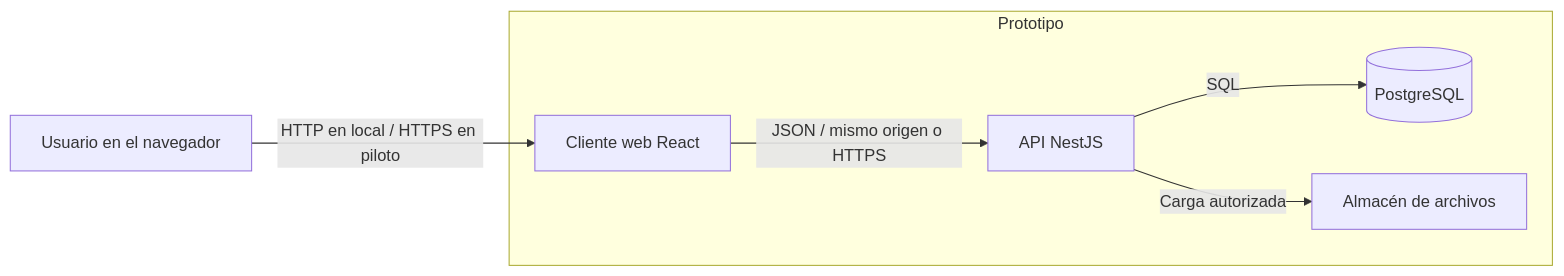
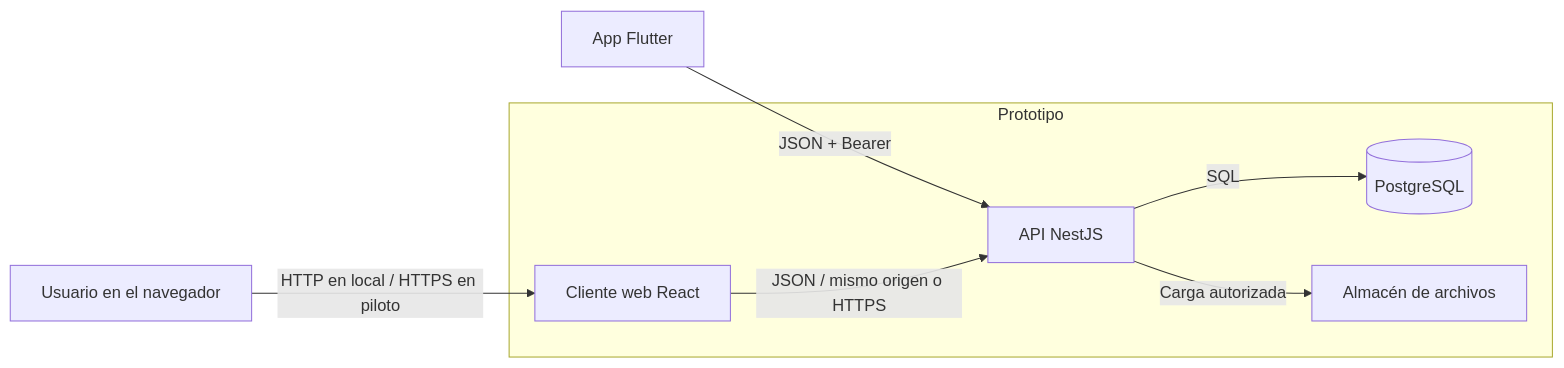
One commit to juliodparada-bit/plataforma-refugios-fauna-domestica-bogota changed the second of 3 diagrams in documentacion/02-planeacion-y-diseno/2.1-arquitectura-de-la-solucion.md. Above: the diagram before and after it, drawn with Mermaid. The commit also changed other lines of this file and 132 other files, not shown here.

First line of the commit message:
Cierra la coherencia del expediente con Flutter y Bearer: el companion móvil entra al repo y las fases 1–4 dejan de negar lo que el código ya hace.

````diff
--- a/documentacion/02-planeacion-y-diseno/2.1-arquitectura-de-la-solucion.md
+++ b/documentacion/02-planeacion-y-diseno/2.1-arquitectura-de-la-solucion.md
@@ -73,16 +73,18 @@
 ```mermaid
 flowchart LR
     usuario[Usuario en el navegador]
+    movil[App Flutter]
 
     subgraph prototipo[Prototipo]
         web[Cliente web React]
         api[API NestJS]
         db[(PostgreSQL)]
         files[Almacén de archivos]
     end
 
     usuario -->|HTTP en local / HTTPS en piloto| web
+    movil -->|JSON + Bearer| api
     web -->|JSON / mismo origen o HTTPS| api
     api -->|SQL| db
     api -->|Carga autorizada| files
 ```
````
